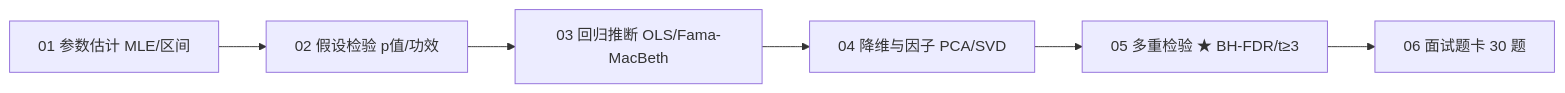
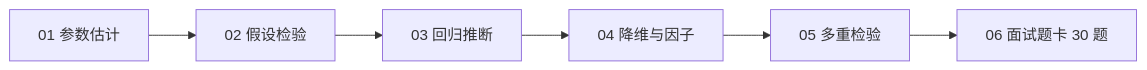
One commit to Aayloo/statistics-for-qs changed the diagram in 02_inference/README.md. Above: the diagram before and after it, drawn with Mermaid. The commit also changed other lines of this file and 1 other file, not shown here.

````diff
--- a/02_inference/README.md
+++ b/02_inference/README.md
@@ -9,8 +19,8 @@
 ```mermaid
 flowchart LR
-    A[01 参数估计 MLE/区间] --> B[02 假设检验 p值/功效]
-    B --> C[03 回归推断 OLS/Fama-MacBeth]
-    C --> D[04 降维与因子 PCA/SVD]
-    D --> E[05 多重检验 ★ BH-FDR/t≥3]
+    A[01 参数估计] --> B[02 假设检验]
+    B --> C[03 回归推断]
+    C --> D[04 降维与因子]
+    D --> E[05 多重检验]
     E --> F[06 面试题卡 30 题]
 ```
````
